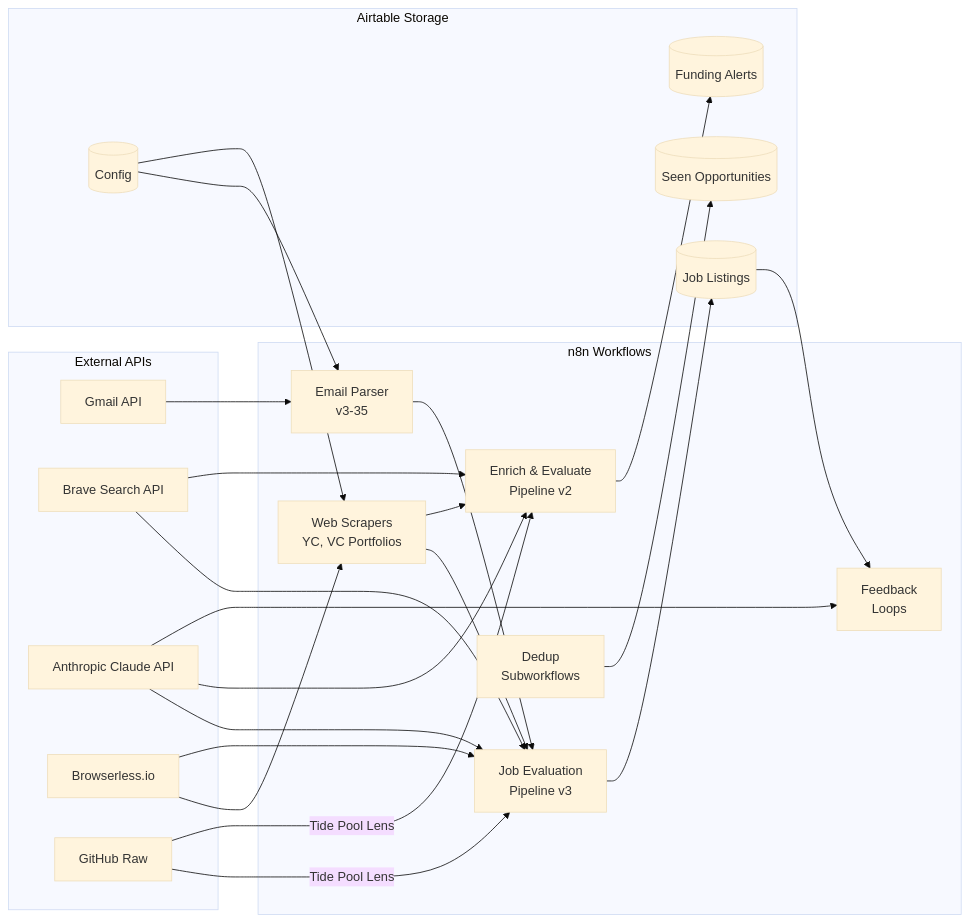
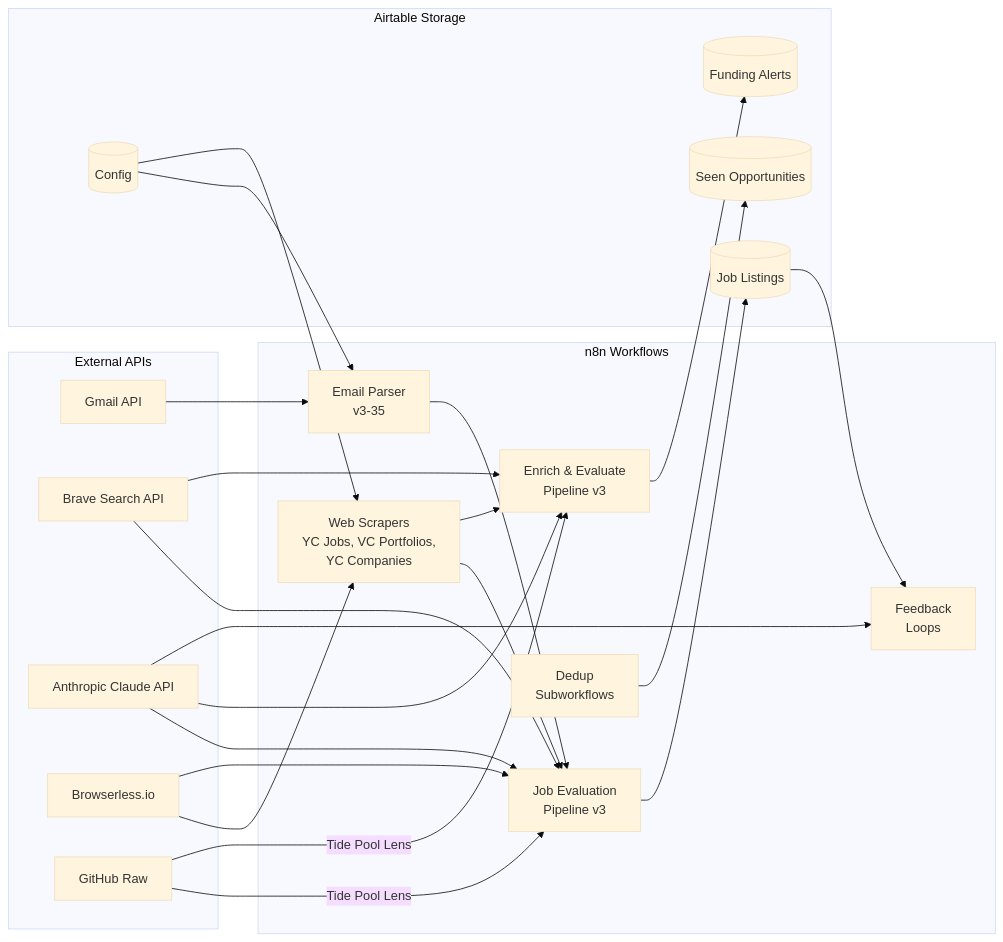
One commit to zelman/job_search changed the seventh of 7 diagrams in FLOWCHART.md. Above: the diagram before and after it, drawn with Mermaid (base theme). The commit also changed other lines of this file and 20 other files, not shown here.

````diff
--- a/FLOWCHART.md
+++ b/FLOWCHART.md
@@ -343,48 +343,48 @@
 ```mermaid
 flowchart LR
     subgraph External["External APIs"]
         GMAIL[Gmail API]
         BRAVE[Brave Search API]
         CLAUDE[Anthropic Claude API]
         BROWSER[Browserless.io]
         GITHUB[GitHub Raw]
     end
 
     subgraph n8n["n8n Workflows"]
         PARSE[Email Parser<br/>v3-35]
-        SCRAPE[Web Scrapers<br/>YC, VC Portfolios]
+        SCRAPE[Web Scrapers<br/>YC Jobs, VC Portfolios,<br/>YC Companies]
         EVAL_JOB[Job Evaluation<br/>Pipeline v3]
-        EVAL_COMP[Enrich & Evaluate<br/>Pipeline v2]
+        EVAL_COMP[Enrich & Evaluate<br/>Pipeline v3]
         DEDUP[Dedup<br/>Subworkflows]
         FEEDBACK[Feedback<br/>Loops]
     end
 
     subgraph Airtable["Airtable Storage"]
         JOBS[(Job Listings)]
         FUNDING[(Funding Alerts)]
         SEEN[(Seen Opportunities)]
         CONFIG[(Config)]
     end
 
     GMAIL --> PARSE
     PARSE --> EVAL_JOB
     SCRAPE --> EVAL_JOB
     SCRAPE --> EVAL_COMP
 
     GITHUB -->|Tide Pool Lens| EVAL_JOB
     GITHUB -->|Tide Pool Lens| EVAL_COMP
     BRAVE --> EVAL_JOB
     BRAVE --> EVAL_COMP
     BROWSER --> SCRAPE
     BROWSER --> EVAL_JOB
     CLAUDE --> EVAL_JOB
     CLAUDE --> EVAL_COMP
     CLAUDE --> FEEDBACK
 
     EVAL_JOB --> JOBS
     EVAL_COMP --> FUNDING
     DEDUP --> SEEN
     JOBS --> FEEDBACK
     CONFIG --> PARSE
     CONFIG --> SCRAPE
 ```
````
